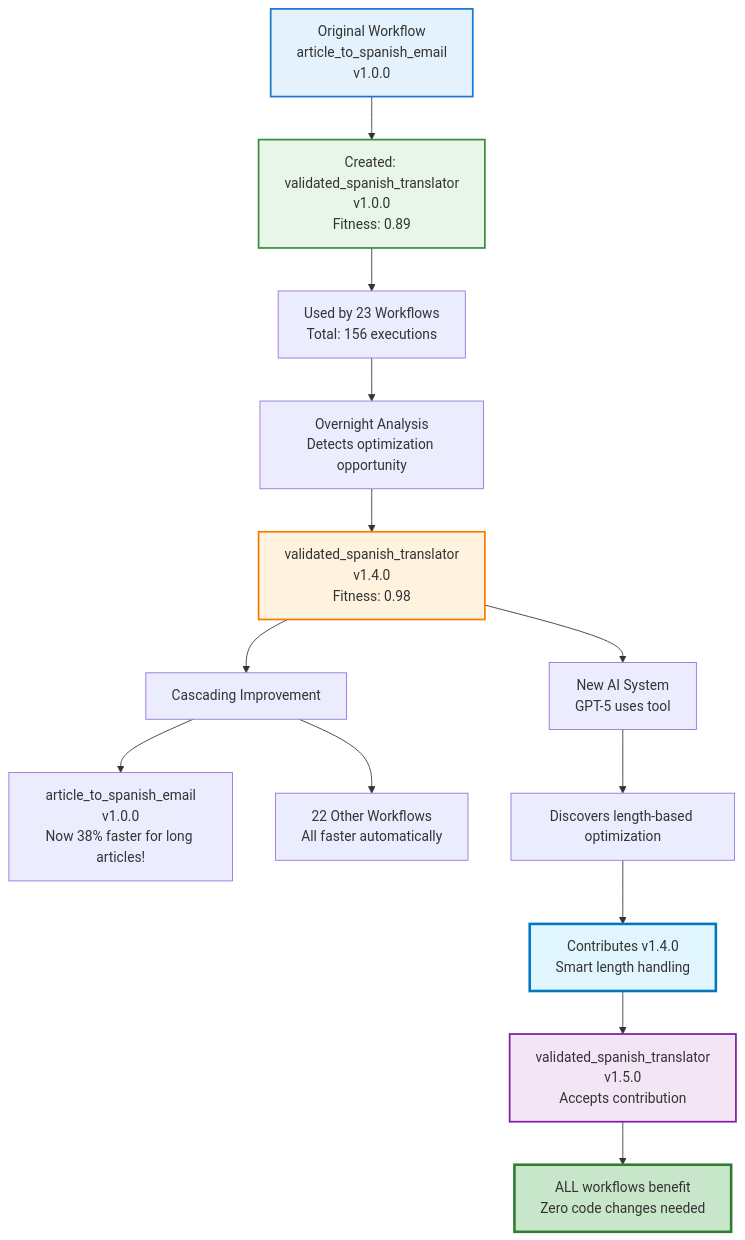
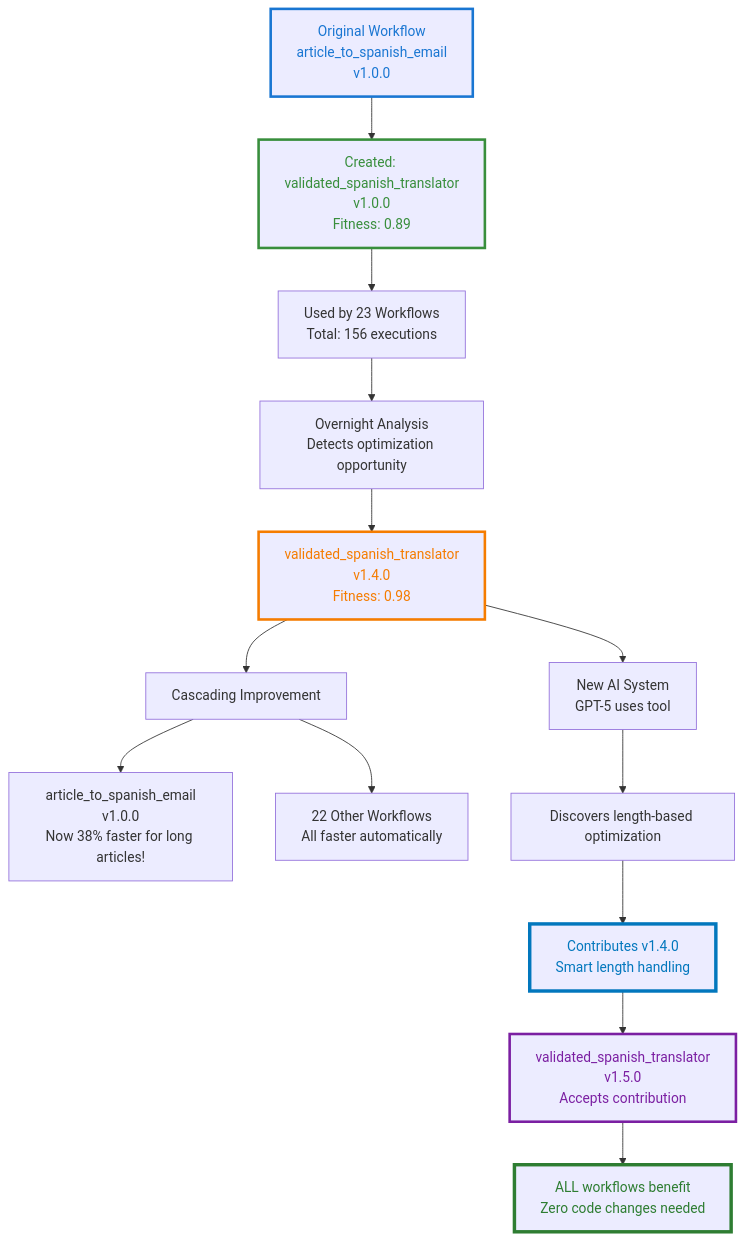
One commit to Shaddix/mostlylucidweb changed the second of 3 diagrams in Mostlylucid/Markdown/semanticintelligence-part10.md. Above: the diagram before and after it, drawn with Mermaid. The commit also changed other lines of this file and 11 other files, not shown here.

First line of the commit message:
update: replace background fills with stroke styling in Mermaid diagrams

````diff
--- a/Mostlylucid/Markdown/semanticintelligence-part10.md
+++ b/Mostlylucid/Markdown/semanticintelligence-part10.md
@@ -715,32 +715,32 @@
 ```mermaid
 graph TB
     Original[Original Workflow<br/>article_to_spanish_email<br/>v1.0.0] --> Tool1[Created: validated_spanish_translator<br/>v1.0.0<br/>Fitness: 0.89]
 
     Tool1 --> Workflows[Used by 23 Workflows<br/>Total: 156 executions]
 
     Workflows --> Evolution[Overnight Analysis<br/>Detects optimization opportunity]
 
     Evolution --> Tool2[validated_spanish_translator<br/>v1.4.0<br/>Fitness: 0.98]
 
     Tool2 --> Cascade[Cascading Improvement]
 
     Cascade --> Original2[article_to_spanish_email<br/>v1.0.0<br/>Now 38% faster for long articles!]
     Cascade --> Other[22 Other Workflows<br/>All faster automatically]
 
     Tool2 --> NewAI[New AI System<br/>GPT-5 uses tool]
 
     NewAI --> Discovery[Discovers length-based optimization]
 
     Discovery --> Contribution[Contributes v1.4.0<br/>Smart length handling]
 
     Contribution --> Tool3[validated_spanish_translator<br/>v1.5.0<br/>Accepts contribution]
 
     Tool3 --> Final[ALL workflows benefit<br/>Zero code changes needed]
 
-    style Original fill:#e3f2fd,stroke:#1976d2,stroke-width:2px
-    style Tool1 fill:#e8f5e9,stroke:#388e3c,stroke-width:2px
-    style Tool2 fill:#fff3e0,stroke:#f57c00,stroke-width:2px
-    style Tool3 fill:#f3e5f5,stroke:#7b1fa2,stroke-width:2px
-    style Contribution fill:#e1f5fe,stroke:#0277bd,stroke-width:3px
-    style Final fill:#c8e6c9,stroke:#2e7d32,stroke-width:3px
+    style Original stroke:#1976d2,stroke-width:3px,color:#1976d2
+    style Tool1 stroke:#388e3c,stroke-width:3px,color:#388e3c
+    style Tool2 stroke:#f57c00,stroke-width:3px,color:#f57c00
+    style Tool3 stroke:#7b1fa2,stroke-width:3px,color:#7b1fa2
+    style Contribution stroke:#0277bd,stroke-width:4px,color:#0277bd
+    style Final stroke:#2e7d32,stroke-width:4px,color:#2e7d32
 ```
````
